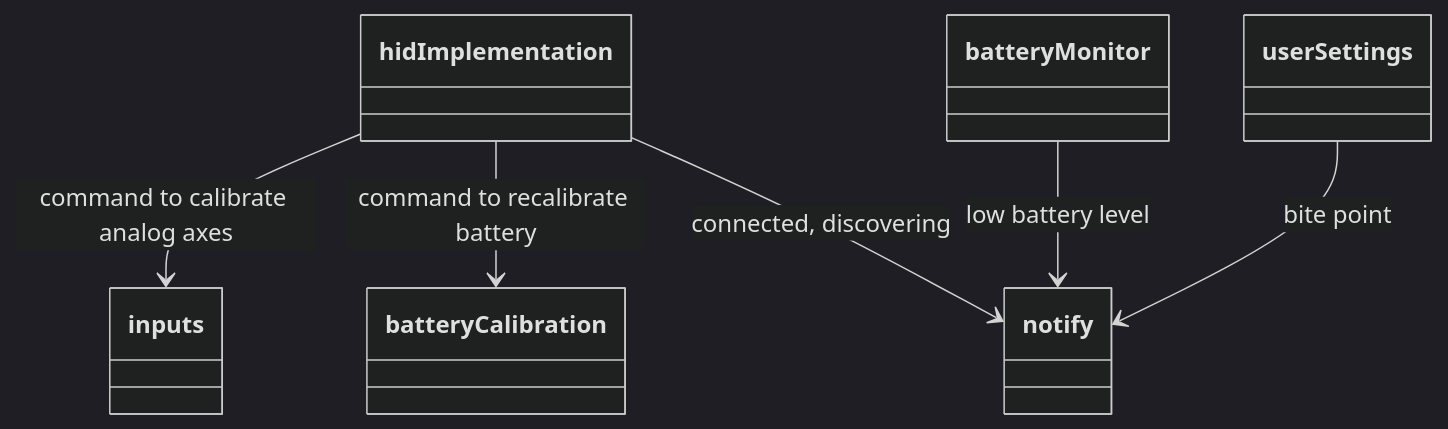
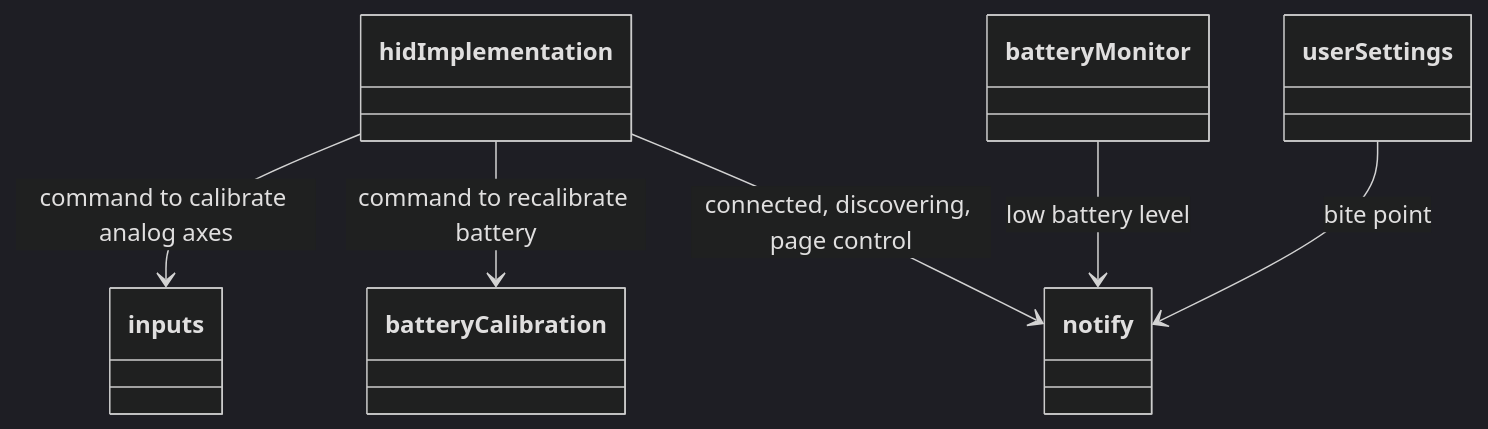
The third of 4 diagrams in doc/firmware/FirmwareArchitecture_en.md (afpineda/OpenSourceSimWheelESP32), drawn with Mermaid (dark theme) before and after one commit. The commit also changed other lines of this file and 18 other files, not shown here.

````diff
--- a/doc/firmware/FirmwareArchitecture_en.md
+++ b/doc/firmware/FirmwareArchitecture_en.md
@@ -135,8 +135,8 @@
 ```mermaid
 classDiagram
     hidImplementation --> inputs: command to calibrate analog axes
     hidImplementation --> batteryCalibration: command to recalibrate battery
-    hidImplementation --> notify: connected, discovering
+    hidImplementation --> notify: connected, discovering, page control
     batteryMonitor --> notify: low battery level
     userSettings --> notify: bite point
 ```
````
